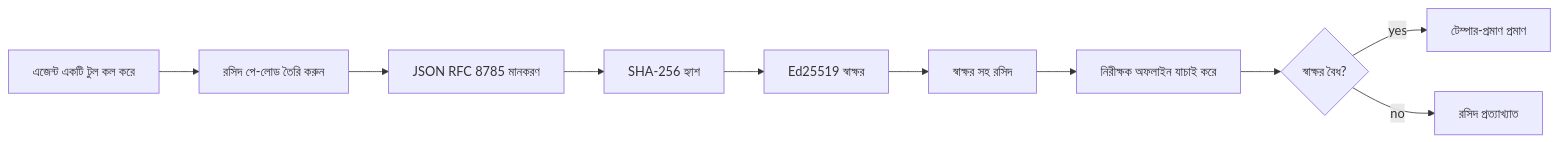
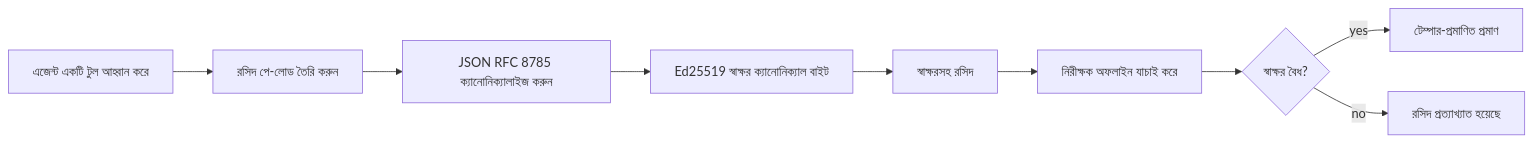
Before and after one commit to gabrielmoreira/agent-skills-mirror: the first of 2 diagrams in mirrors/repos/microsoft@ai-agents-for-beginners/translations/bn/18-securing-ai-agents/README.md, drawn with Mermaid. The commit also changed other lines of this file and 4262 other files, not shown here.

````diff
--- a/mirrors/repos/microsoft@ai-agents-for-beginners/translations/bn/18-securing-ai-agents/README.md
+++ b/mirrors/repos/microsoft@ai-agents-for-beginners/translations/bn/18-securing-ai-agents/README.md
@@ -51,12 +51,11 @@
 ```mermaid
 flowchart LR
-    A[এজেন্ট একটি টুল কল করে] --> B[রসিদ পে-লোড তৈরি করুন]
-    B --> C[JSON RFC 8785 মানকরণ]
-    C --> D[SHA-256 হ্যাশ]
-    D --> E[Ed25519 স্বাক্ষর]
-    E --> F[স্বাক্ষর সহ রসিদ]
+    A[এজেন্ট একটি টুল আহ্বান করে] --> B[রসিদ পে-লোড তৈরি করুন]
+    B --> C[JSON RFC 8785 ক্যানোনিক্যালাইজ করুন]
+    C --> E[Ed25519 স্বাক্ষর ক্যানোনিক্যাল বাইট]
+    E --> F[স্বাক্ষরসহ রসিদ]
     F --> G[নিরীক্ষক অফলাইন যাচাই করে]
     G --> H{স্বাক্ষর বৈধ?}
-    H -- yes --> I[টেম্পার-প্রমাণ প্রমাণ]
-    H -- no --> J[রসিদ প্রত্যাখ্যাত]
+    H -- yes --> I[টেম্পার-প্রমাণিত প্রমাণ]
+    H -- no --> J[রসিদ প্রত্যাখ্যাত হয়েছে]
 ```
````
